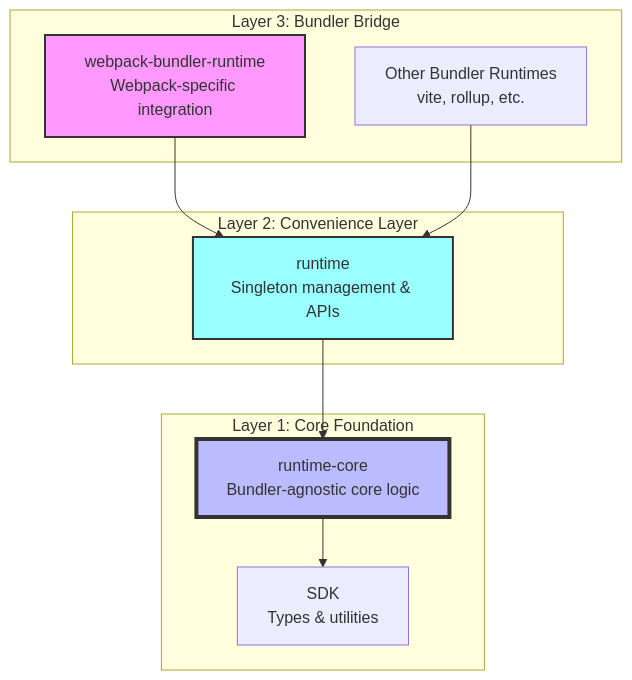
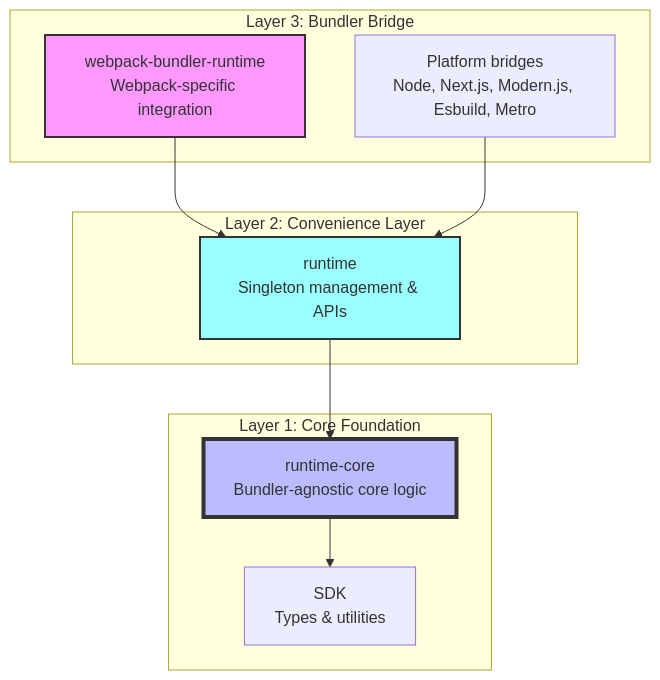
Before and after one commit to module-federation/core: the first of 3 diagrams in arch-doc/runtime-architecture.md, drawn with Mermaid. The commit also changed other lines of this file and 32 other files, not shown here.

Commit message:
docs: restructure architecture docs (#4859)

````diff
--- a/arch-doc/runtime-architecture.md
+++ b/arch-doc/runtime-architecture.md
@@ -18,25 +36,25 @@
 ```mermaid
 graph TB
     subgraph "Layer 3: Bundler Bridge"
         WebpackBR[webpack-bundler-runtime<br/>Webpack-specific integration]
-        OtherBR[Other Bundler Runtimes<br/>vite, rollup, etc.]
+        OtherBR[Platform bridges<br/>Node, Next.js, Modern.js, Esbuild, Metro]
     end
-    
+
     subgraph "Layer 2: Convenience Layer"
         Runtime[runtime<br/>Singleton management & APIs]
     end
-    
+
     subgraph "Layer 1: Core Foundation"
         RuntimeCore[runtime-core<br/>Bundler-agnostic core logic]
         SDK[SDK<br/>Types & utilities]
     end
-    
+
     WebpackBR --> Runtime
     OtherBR --> Runtime
     Runtime --> RuntimeCore
     RuntimeCore --> SDK
-    
+
     style RuntimeCore fill:#bbf,stroke:#333,stroke-width:4px
     style Runtime fill:#9ff,stroke:#333,stroke-width:2px
     style WebpackBR fill:#f9f,stroke:#333,stroke-width:2px
 ```
````
